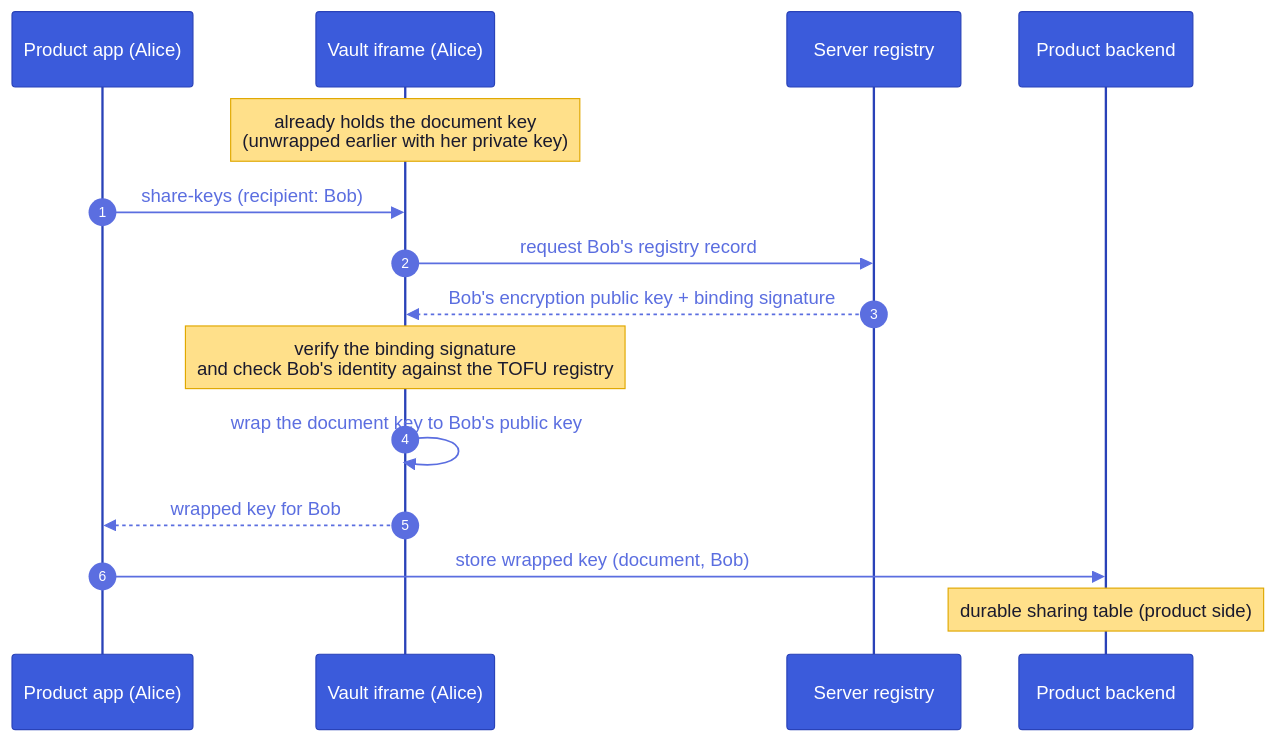
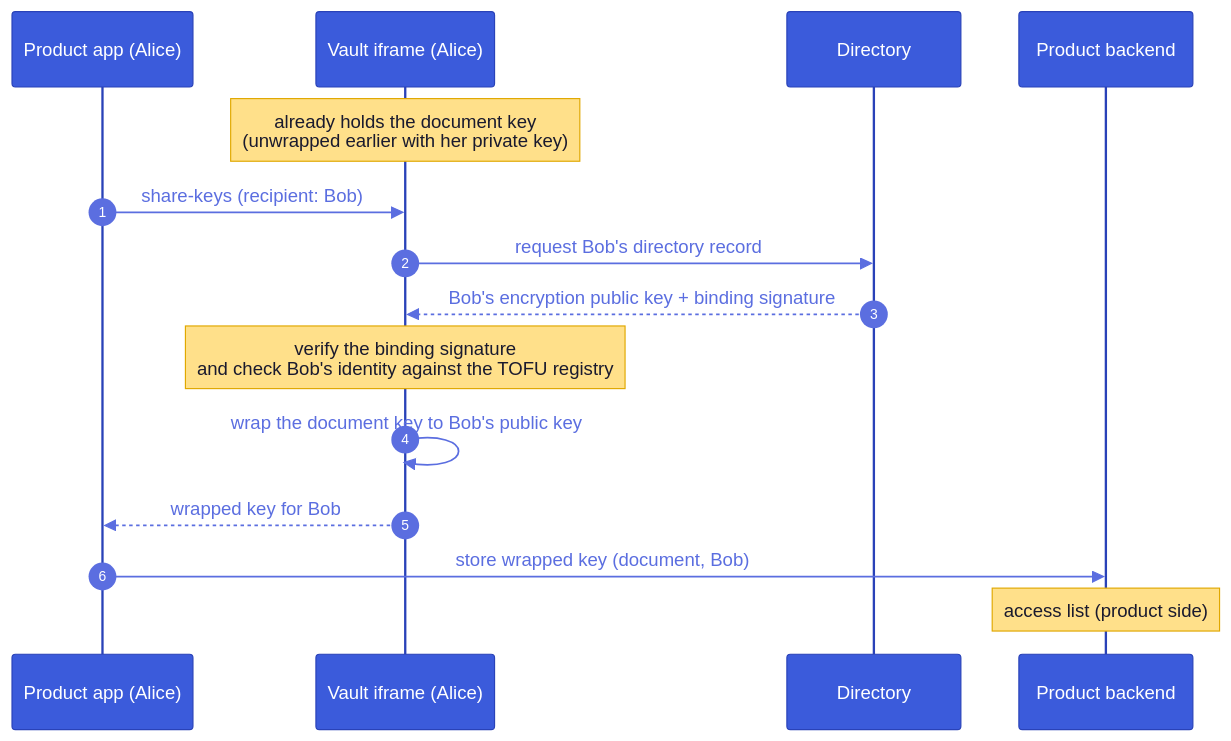
The fifth of 23 diagrams in architecture.md (suitenumerique/encryption), drawn with Mermaid before and after one commit. The commit also changed other lines of this file and 12 other files, not shown here.

````diff
--- a/architecture.md
+++ b/architecture.md
@@ -633,18 +654,18 @@
 ```mermaid
-%%{init: {'theme':'base','themeVariables':{'actorBkg':'#3b5bdb','actorTextColor':'#fff','actorBorder':'#2942b8','signalColor':'#5b6ee0','signalTextColor':'#5b6ee0','noteBkgColor':'#ffe08a','noteTextColor':'#1a1a2e','noteBorderColor':'#e0a800','sequenceNumberColor':'#fff'}}}%%
+%%{init: {'theme':'base','look':'classic','themeVariables':{'actorBkg':'#3b5bdb','actorTextColor':'#fff','actorBorder':'#2942b8','signalColor':'#5b6ee0','signalTextColor':'#5b6ee0','noteBkgColor':'#ffe08a','noteTextColor':'#1a1a2e','noteBorderColor':'#e0a800','sequenceNumberColor':'#fff'}}}%%
 sequenceDiagram
   autonumber
   participant PA as Product app (Alice)
   participant VA as Vault iframe (Alice)
-  participant REG as Server registry
+  participant REG as Directory
   participant PB as Product backend
   Note over VA: already holds the document key<br/>(unwrapped earlier with her private key)
   PA->>VA: share-keys (recipient: Bob)
-  VA->>REG: request Bob's registry record
+  VA->>REG: request Bob's directory record
   REG-->>VA: Bob's encryption public key + binding signature
   Note over VA: verify the binding signature<br/>and check Bob's identity against the TOFU registry
   VA->>VA: wrap the document key to Bob's public key
   VA-->>PA: wrapped key for Bob
   PA->>PB: store wrapped key (document, Bob)
-  Note over PB: durable sharing table (product side)
+  Note over PB: access list (product side)
 ```
````
